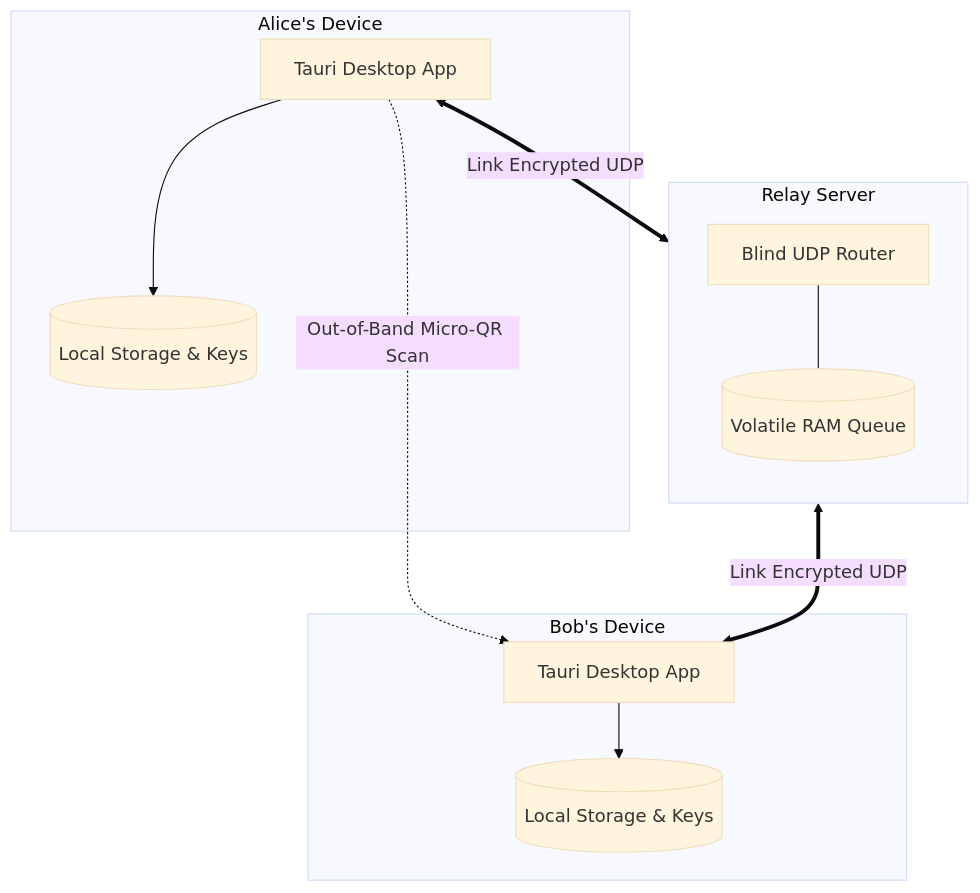
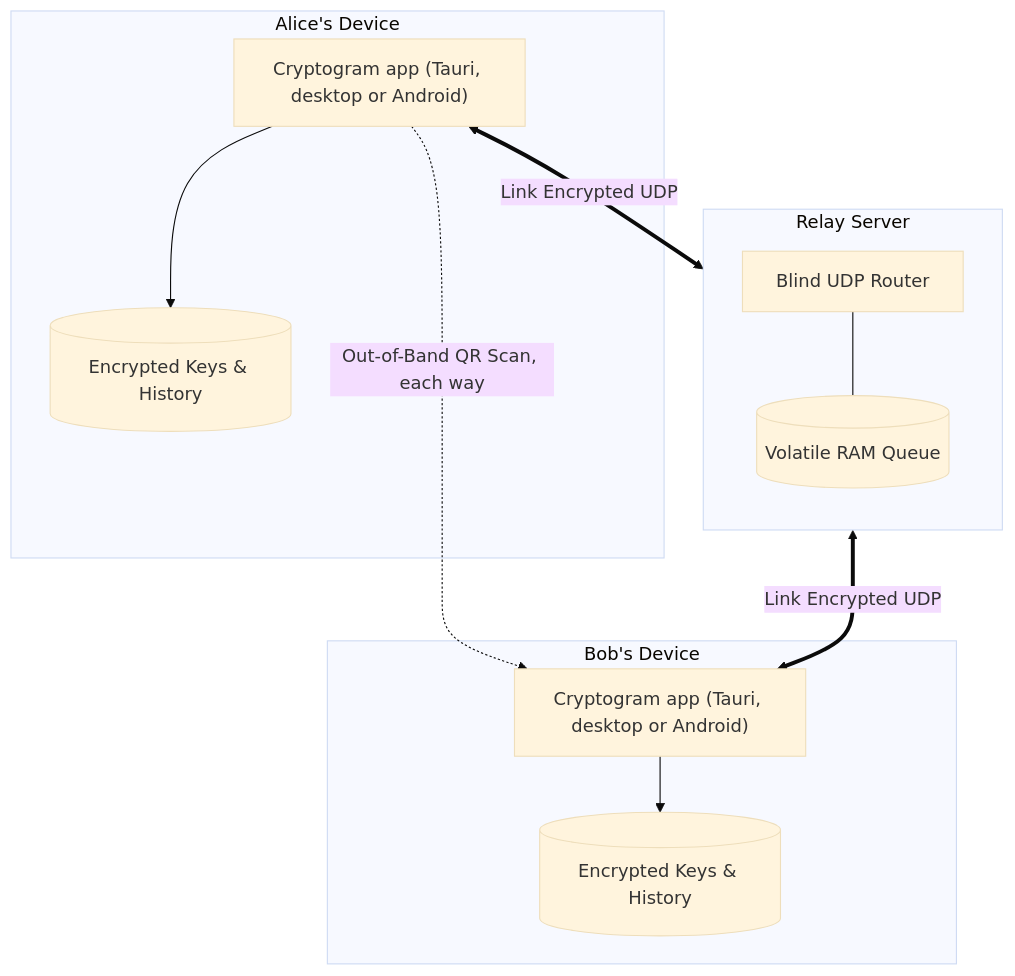
Before and after one commit to Lxadams/Cryptogram: the fifth of 6 diagrams in documentations/architecture-diagrams.md, drawn with Mermaid (base theme). The commit also changed other lines of this file and 27 other files, not shown here.

````diff
--- a/documentations/architecture-diagrams.md
+++ b/documentations/architecture-diagrams.md
@@ -112,26 +145,26 @@
 ```mermaid
 graph TD
     subgraph Client A [Alice's Device]
-        AppA[Tauri Desktop App]
-        StorageA[(Local Storage & Keys)]
+        AppA["Cryptogram app (Tauri, desktop or Android)"]
+        StorageA[(Encrypted Keys & History)]
         AppA --> StorageA
     end
 
     subgraph Server [Relay Server]
         direction TB
         Relay[Blind UDP Router]
         RAM[(Volatile RAM Queue)]
         Relay --- RAM
     end
 
     subgraph Client B [Bob's Device]
-        AppB[Tauri Desktop App]
-        StorageB[(Local Storage & Keys)]
+        AppB["Cryptogram app (Tauri, desktop or Android)"]
+        StorageB[(Encrypted Keys & History)]
         AppB --> StorageB
     end
 
     AppA <==>|Link Encrypted UDP| Relay
     Relay <==>|Link Encrypted UDP| AppB
     
-    AppA -.->|Out-of-Band Micro-QR Scan| AppB
+    AppA -.->|Out-of-Band QR Scan, each way| AppB
 ```
````
